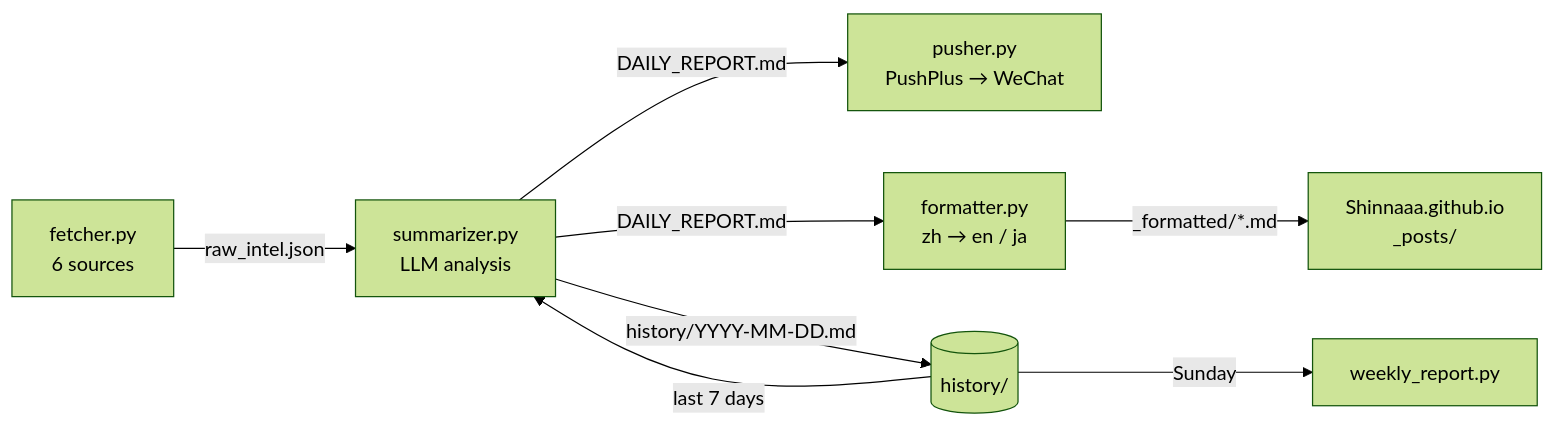
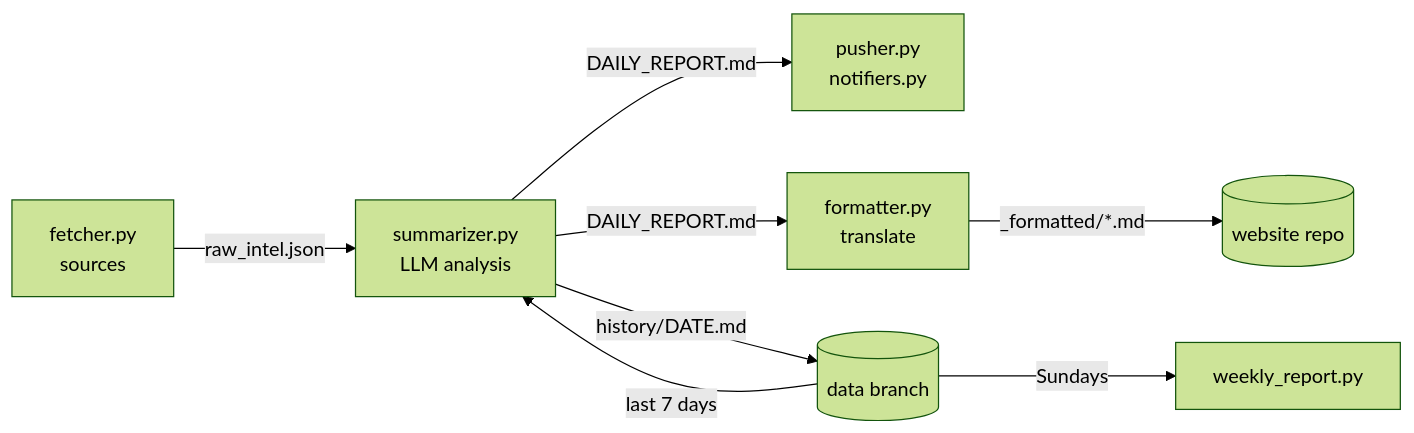
One commit to Shinnaaa/TechTrend changed the diagram in README.md. Above: the diagram before and after it, drawn with Mermaid (forest theme). The commit also changed other lines of this file and 228 other files, not shown here.

````diff
--- a/README.md
+++ b/README.md
@@ -51,10 +167,10 @@
 ```mermaid
 flowchart LR
-    A[fetcher.py<br>6 sources] -->|raw_intel.json| B[summarizer.py<br>LLM analysis]
-    B -->|DAILY_REPORT.md| C[pusher.py<br>PushPlus → WeChat]
-    B -->|DAILY_REPORT.md| D[formatter.py<br>zh → en / ja]
-    D -->|_formatted/*.md| E[Shinnaaa.github.io<br>_posts/]
-    B -->|history/YYYY-MM-DD.md| F[(history/)]
+    A[fetcher.py<br>sources] -->|raw_intel.json| B[summarizer.py<br>LLM analysis]
+    B -->|DAILY_REPORT.md| C[pusher.py<br>notifiers.py]
+    B -->|DAILY_REPORT.md| D[formatter.py<br>translate]
+    D -->|_formatted/*.md| E[(website repo)]
+    B -->|history/DATE.md| F[(data branch)]
     F -->|last 7 days| B
-    F -->|Sunday| G[weekly_report.py]
+    F -->|Sundays| G[weekly_report.py]
 ```
````
